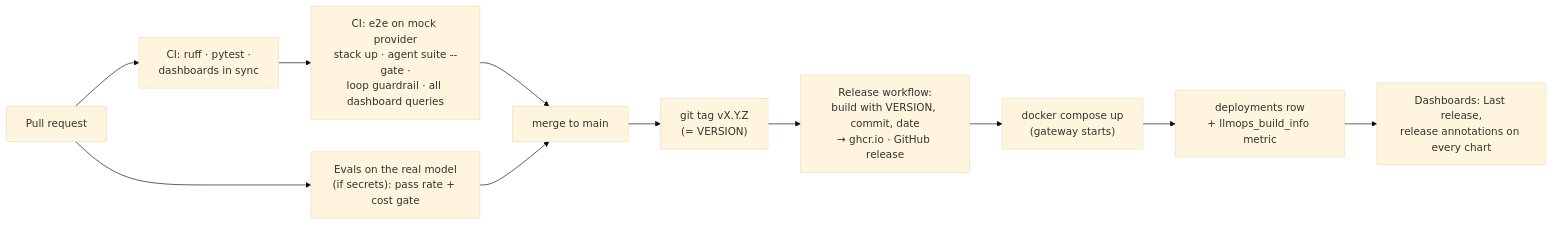
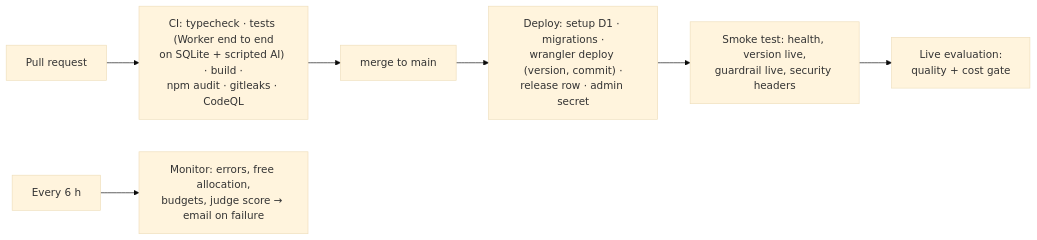
One commit to manu-gt-hub/llmops-platform changed the third of 3 diagrams in doc/architecture.md. Above: the diagram before and after it, drawn with Mermaid (base theme). The commit also changed other lines of this file and 121 other files, not shown here.

````diff
--- a/doc/architecture.md
+++ b/doc/architecture.md
@@ -318,13 +132,9 @@
 ```mermaid
 flowchart LR
-    pr[Pull request] --> q[CI: ruff · pytest ·<br/>dashboards in sync]
-    q --> e2e["CI: e2e on mock provider<br/>stack up · agent suite --gate ·<br/>loop guardrail · all dashboard queries"]
-    pr --> ev["Evals on the real model<br/>(if secrets): pass rate + cost gate"]
-    e2e --> merge[merge to main]
-    ev --> merge
-    merge --> tag["git tag vX.Y.Z<br/>(= VERSION)"]
-    tag --> rel["Release workflow:<br/>build with VERSION, commit, date<br/>→ ghcr.io · GitHub release"]
-    rel --> deploy["docker compose up<br/>(gateway starts)"]
-    deploy --> row["deployments row<br/>+ llmops_build_info metric"]
-    row --> dash["Dashboards: Last release,<br/>release annotations on every chart"]
+    pr[Pull request] --> ci["CI: typecheck · tests (Worker end to end<br/>on SQLite + scripted AI) · build ·<br/>npm audit · gitleaks · CodeQL"]
+    ci --> merge[merge to main]
+    merge --> dep["Deploy: setup D1 · migrations ·<br/>wrangler deploy (version, commit) ·<br/>release row · admin secret"]
+    dep --> smoke["Smoke test: health, version live,<br/>guardrail live, security headers"]
+    smoke --> ev["Live evaluation:<br/>quality + cost gate"]
+    cron["Every 6 h"] --> mon["Monitor: errors, free allocation,<br/>budgets, judge score → email on failure"]
 ```
````
